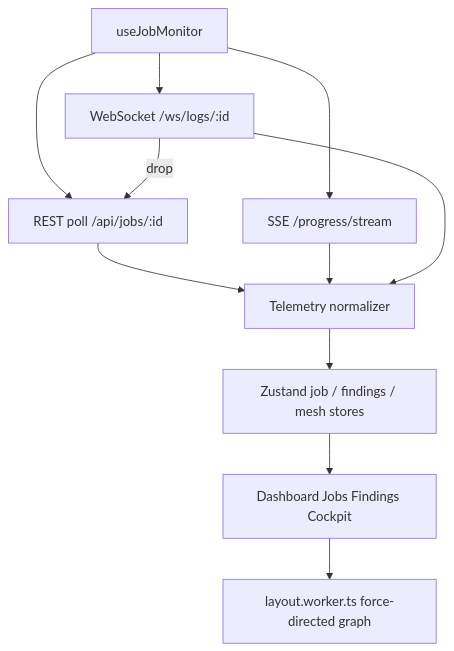
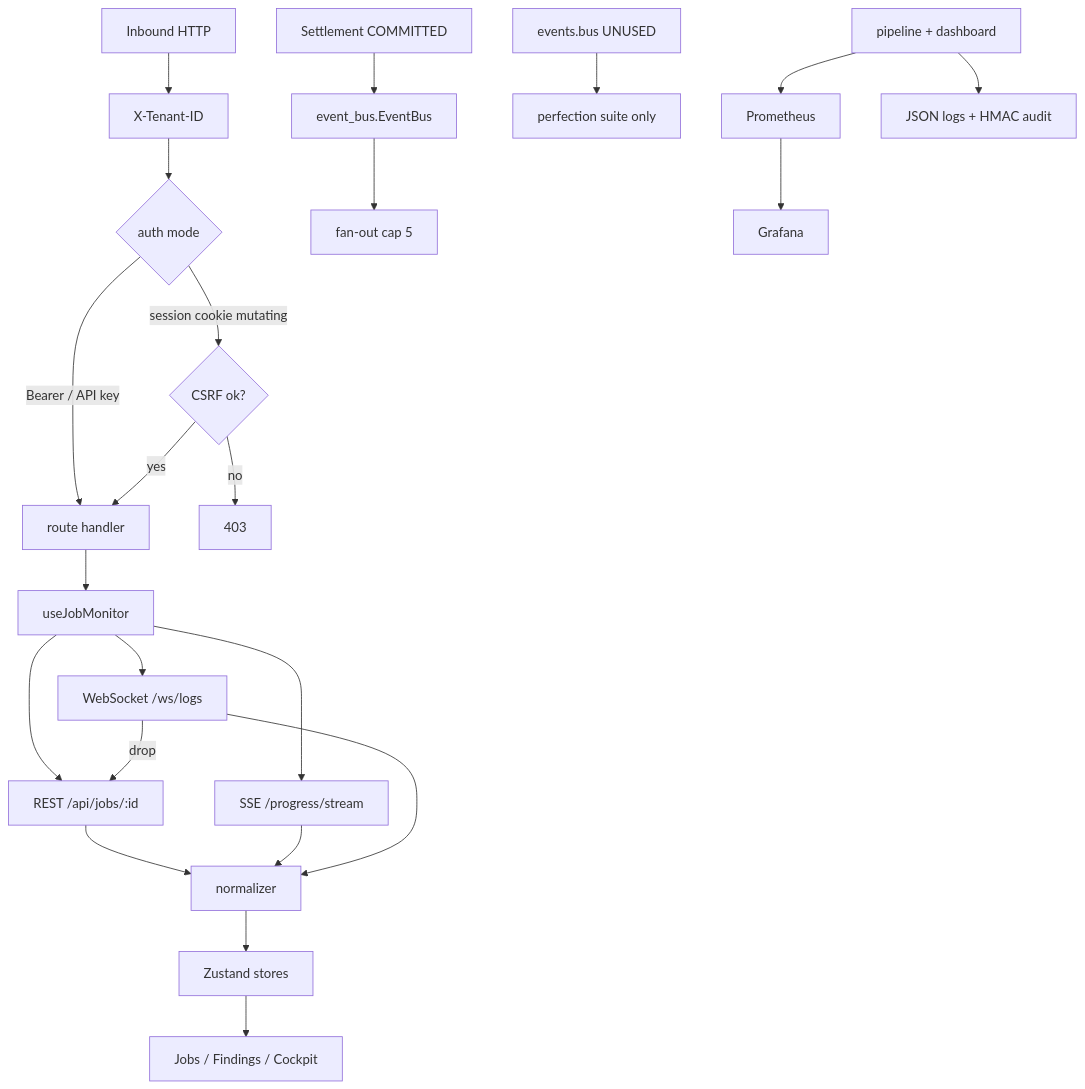
One commit to AviralGup7/Singularity-Zero changed the ninth of 12 diagrams in docs/flowchart.md. Above: the diagram before and after it, drawn with Mermaid. The commit also changed other lines of this file and 1 other file, not shown here.

First line of the commit message:
docs(flowchart): merge overlapping per-doc charts into survivor graphs

````diff
--- a/docs/flowchart.md
+++ b/docs/flowchart.md
@@ -461,13 +394,25 @@
 ```mermaid
 flowchart TD
-    Hook["useJobMonitor"] --> REST["REST poll /api/jobs/:id"]
+    HTTP["Inbound HTTP"] --> Tenant["X-Tenant-ID"]
+    Tenant --> Auth{"auth mode"}
+    Auth -->|"Bearer / API key"| Dispatch["route handler"]
+    Auth -->|"session cookie mutating"| CSRF{"CSRF ok?"}
+    CSRF -->|no| R403["403"]
+    CSRF -->|yes| Dispatch
+    Dispatch --> Hook["useJobMonitor"]
+    Hook --> REST["REST /api/jobs/:id"]
     Hook --> SSE["SSE /progress/stream"]
-    Hook --> WS["WebSocket /ws/logs/:id"]
-    REST --> Norm["Telemetry normalizer"]
+    Hook --> WS["WebSocket /ws/logs"]
+    REST --> Norm["normalizer"]
     SSE --> Norm
     WS --> Norm
     WS -->|drop| REST
-    Norm --> Stores["Zustand job / findings / mesh stores"]
-    Stores --> Pages["Dashboard Jobs Findings Cockpit"]
-    Pages --> Layout["layout.worker.ts force-directed graph"]
+    Norm --> Stores["Zustand stores"]
+    Stores --> Pages["Jobs / Findings / Cockpit"]
+    Settle["Settlement COMMITTED"] --> LiveBus["event_bus.EventBus"]
+    LiveBus --> Fan["fan-out cap 5"]
+    Unused["events.bus UNUSED"] --> PerfSuite["perfection suite only"]
+    App["pipeline + dashboard"] --> Prom["Prometheus"]
+    App --> Logs["JSON logs + HMAC audit"]
+    Prom --> Graf["Grafana"]
 ```
````
